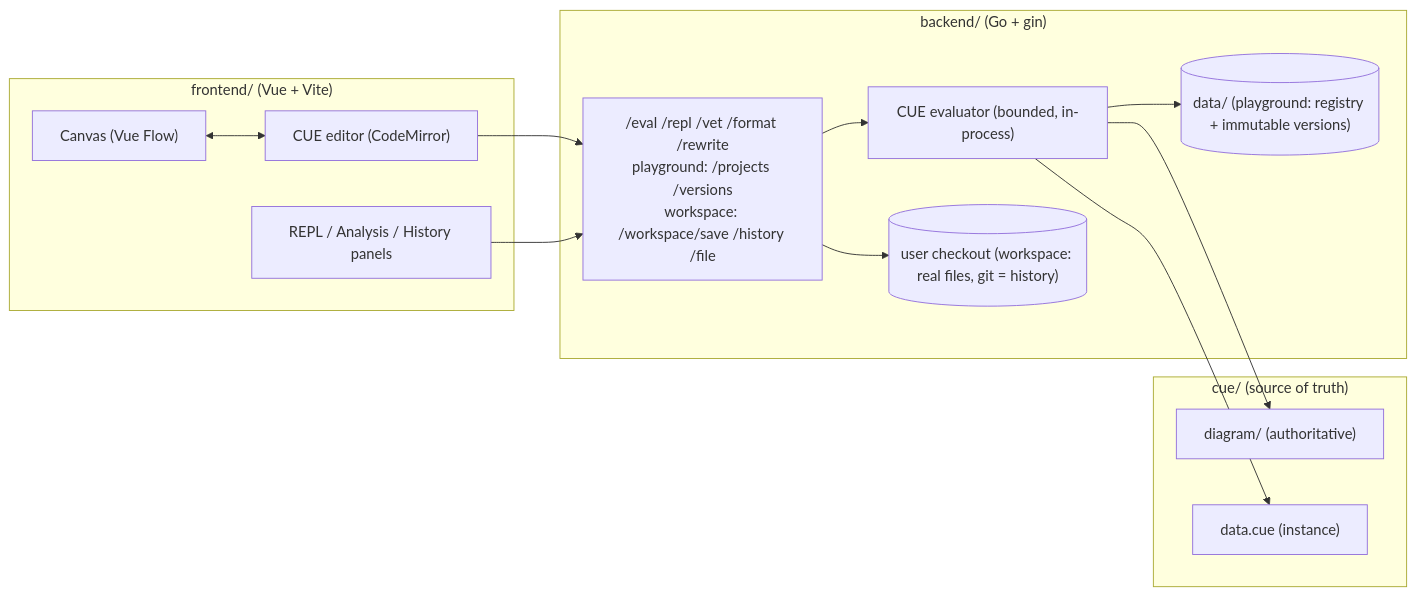
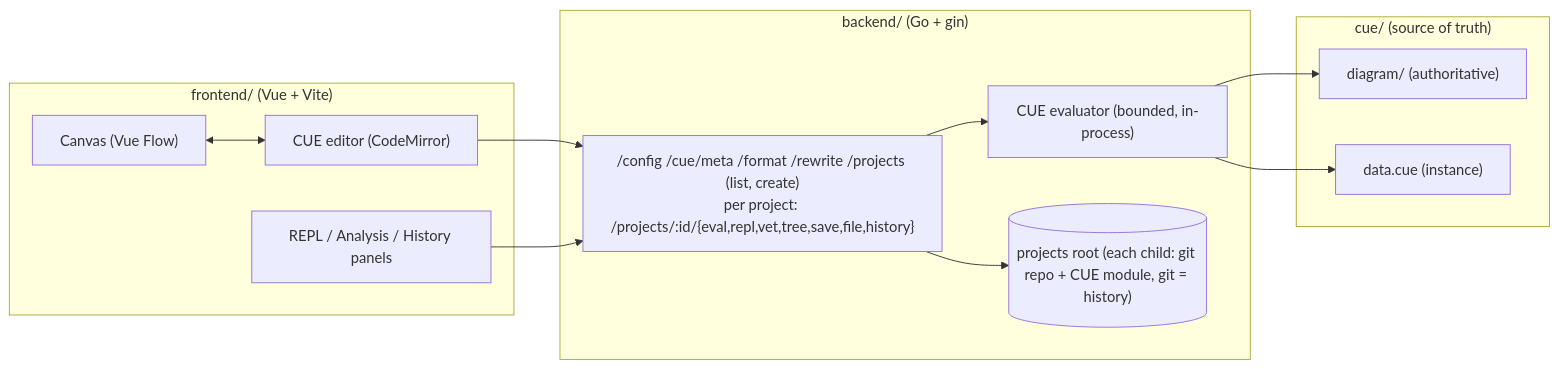
The diagram in README.md (stratorys/cueto), drawn with Mermaid before and after one commit. The commit also changed other lines of this file and 29 other files, not shown here.

Commit message:
feat: workspace-only projects model (git-init create, project-scoped API, editor/onboarding pages)

````diff
--- a/README.md
+++ b/README.md
@@ -135,29 +135,27 @@
 ```mermaid
 flowchart LR
   subgraph fe["frontend/ (Vue + Vite)"]
     canvas["Canvas (Vue Flow)"]
     editor["CUE editor (CodeMirror)"]
     repl["REPL / Analysis / History panels"]
   end
 
   subgraph be["backend/ (Go + gin)"]
-    api["/eval /repl /vet /format /rewrite\nplayground: /projects /versions\nworkspace: /workspace/save /history /file"]
+    api["/config /cue/meta /format /rewrite /projects (list, create)\nper project: /projects/:id/{eval,repl,vet,tree,save,file,history}"]
     eval["CUE evaluator (bounded, in-process)"]
-    versions[("data/ (playground: registry + immutable versions)")]
-    workspace[("user checkout (workspace: real files, git = history)")]
+    projectsdir[("projects root (each child: git repo + CUE module, git = history)")]
   end
 
   subgraph cue["cue/ (source of truth)"]
     schema["diagram/ (authoritative)"]
     data["data.cue (instance)"]
   end
 
   canvas <--> editor
   editor --> api
   repl --> api
   api --> eval
   eval --> schema
   eval --> data
-  eval --> versions
-  api --> workspace
+  api --> projectsdir
 ```
````
